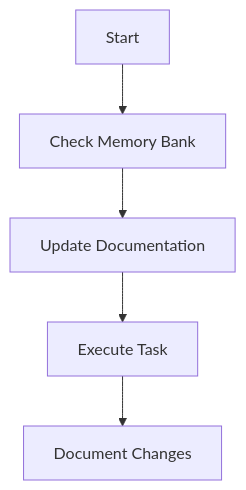
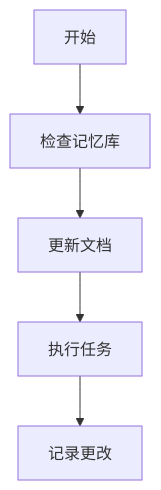
The second of 3 diagrams in docs-zh/prompting/caret-memory-bank.mdx (aicoding-caret/docs.caret.team), drawn with Mermaid before and after one commit. The commit also changed other lines of this file and 43 other files, not shown here.

````diff
--- a/docs-zh/prompting/caret-memory-bank.mdx
+++ b/docs-zh/prompting/caret-memory-bank.mdx
@@ -109,7 +109,7 @@
 ```mermaid
 flowchart TD
-    Start[Start] --> Context[Check Memory Bank]
-    Context --> Update[Update Documentation]
-    Update --> Execute[Execute Task]
-    Execute --> Document[Document Changes]
+    Start[开始] --> Context[检查记忆库]
+    Context --> Update[更新文档]
+    Update --> Execute[执行任务]
+    Execute --> Document[记录更改]
 ```
````
